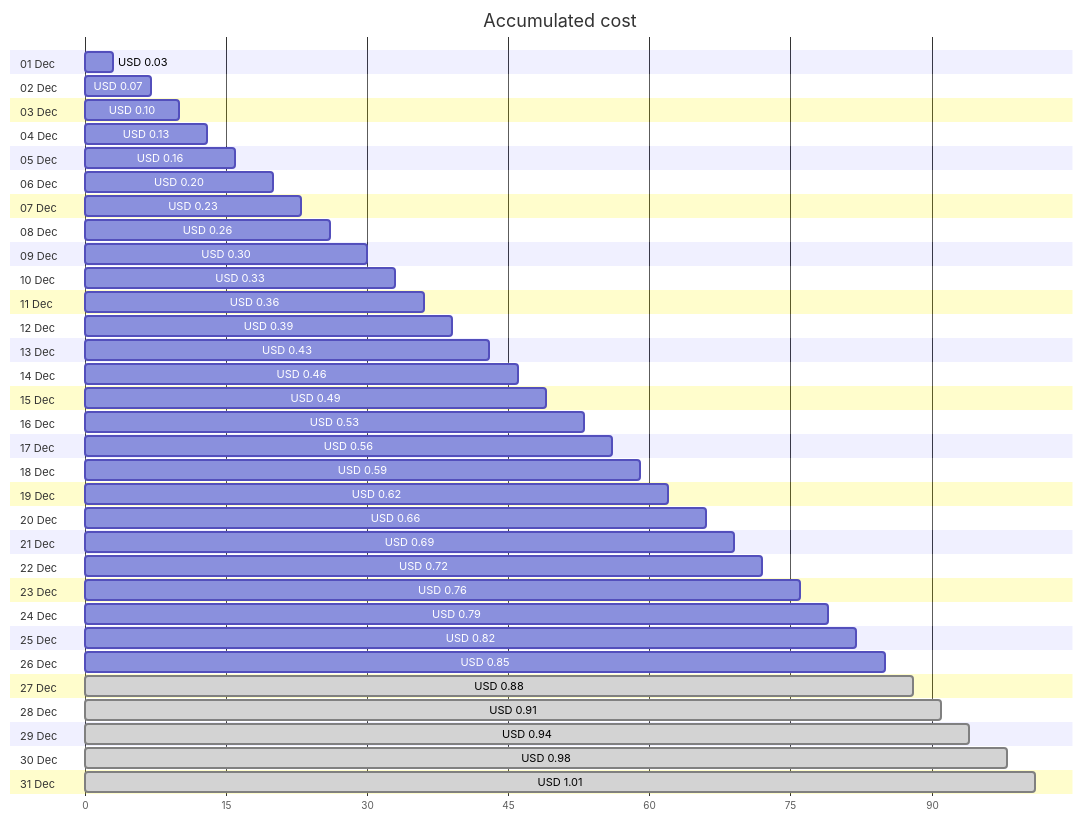
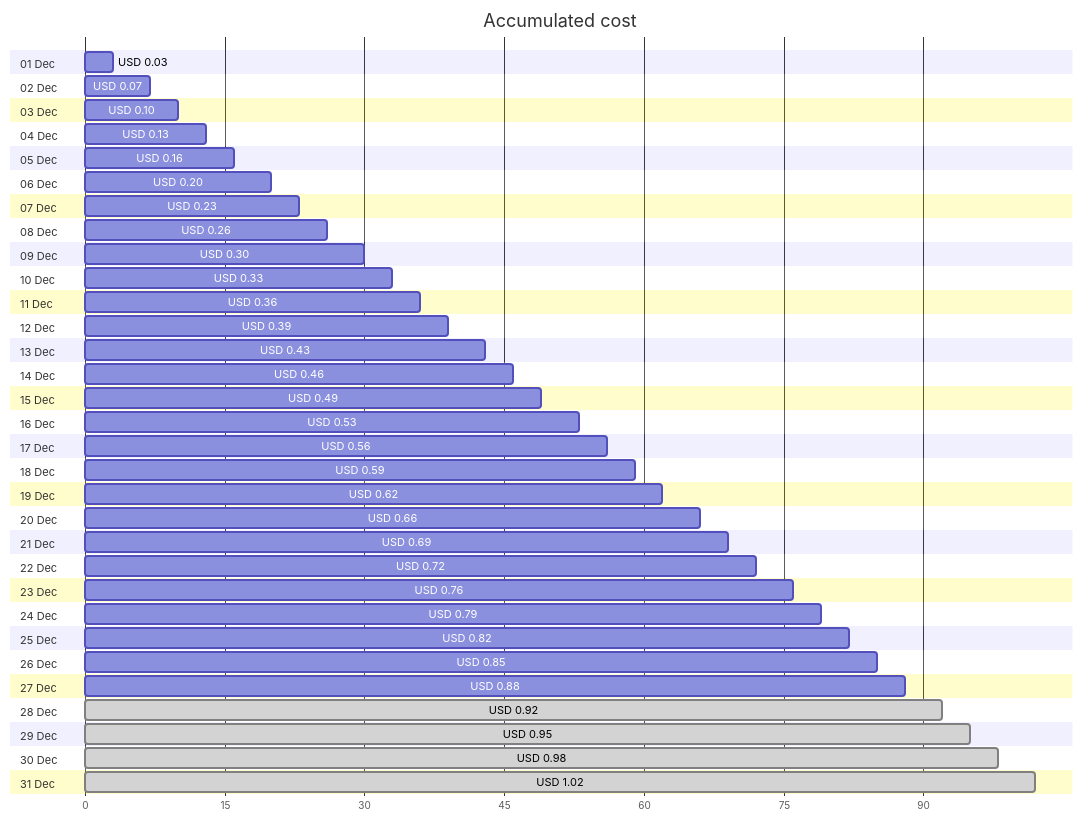
One commit to jpfulton/azure-personal-reports changed the first of 4 diagrams in cost-reports/personal-dns/README.md. Above: the diagram before and after it, drawn with Mermaid. The commit also changed other lines of this file and 2 other files, not shown here.

````diff
--- a/cost-reports/personal-dns/README.md
+++ b/cost-reports/personal-dns/README.md
@@ -20,68 +20,68 @@
 ```mermaid
 gantt
    title Accumulated cost
    dateFormat  X
    axisFormat %s
    section 01 Dec
    USD 0.03 :0, 3
    section 02 Dec
    USD 0.07 :0, 7
    section 03 Dec
    USD 0.10 :0, 10
    section 04 Dec
    USD 0.13 :0, 13
    section 05 Dec
    USD 0.16 :0, 16
    section 06 Dec
    USD 0.20 :0, 20
    section 07 Dec
    USD 0.23 :0, 23
    section 08 Dec
    USD 0.26 :0, 26
    section 09 Dec
    USD 0.30 :0, 30
    section 10 Dec
    USD 0.33 :0, 33
    section 11 Dec
    USD 0.36 :0, 36
    section 12 Dec
    USD 0.39 :0, 39
    section 13 Dec
    USD 0.43 :0, 43
    section 14 Dec
    USD 0.46 :0, 46
    section 15 Dec
    USD 0.49 :0, 49
    section 16 Dec
    USD 0.53 :0, 53
    section 17 Dec
    USD 0.56 :0, 56
    section 18 Dec
    USD 0.59 :0, 59
    section 19 Dec
    USD 0.62 :0, 62
    section 20 Dec
    USD 0.66 :0, 66
    section 21 Dec
    USD 0.69 :0, 69
    section 22 Dec
    USD 0.72 :0, 72
    section 23 Dec
    USD 0.76 :0, 76
    section 24 Dec
    USD 0.79 :0, 79
    section 25 Dec
    USD 0.82 :0, 82
    section 26 Dec
    USD 0.85 :0, 85
    section 27 Dec
-   USD 0.88 : done, 0, 88
+   USD 0.88 :0, 88
    section 28 Dec
-   USD 0.91 : done, 0, 91
+   USD 0.92 : done, 0, 92
    section 29 Dec
-   USD 0.94 : done, 0, 94
+   USD 0.95 : done, 0, 95
    section 30 Dec
    USD 0.98 : done, 0, 98
    section 31 Dec
-   USD 1.01 : done, 0, 101
+   USD 1.02 : done, 0, 102
 ```
````
